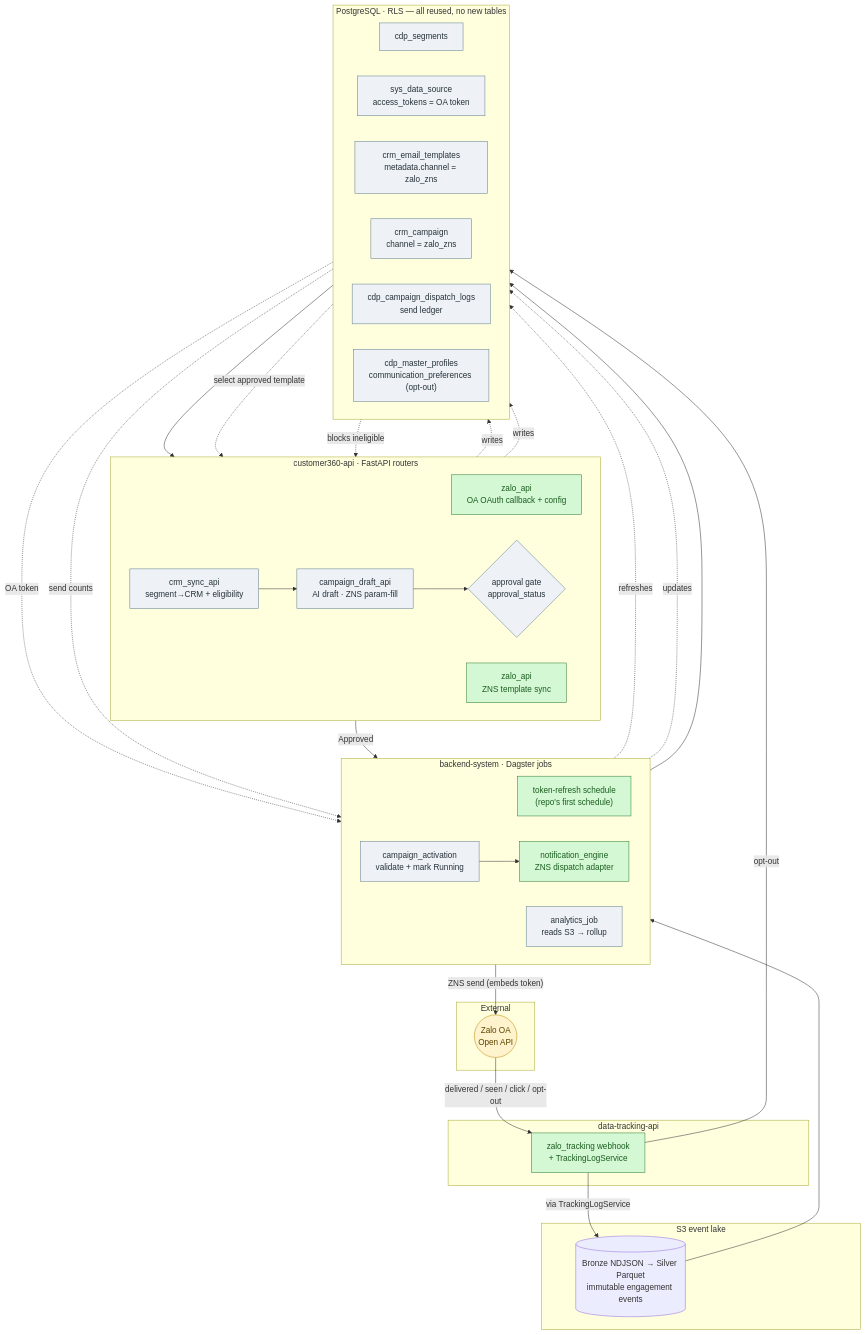
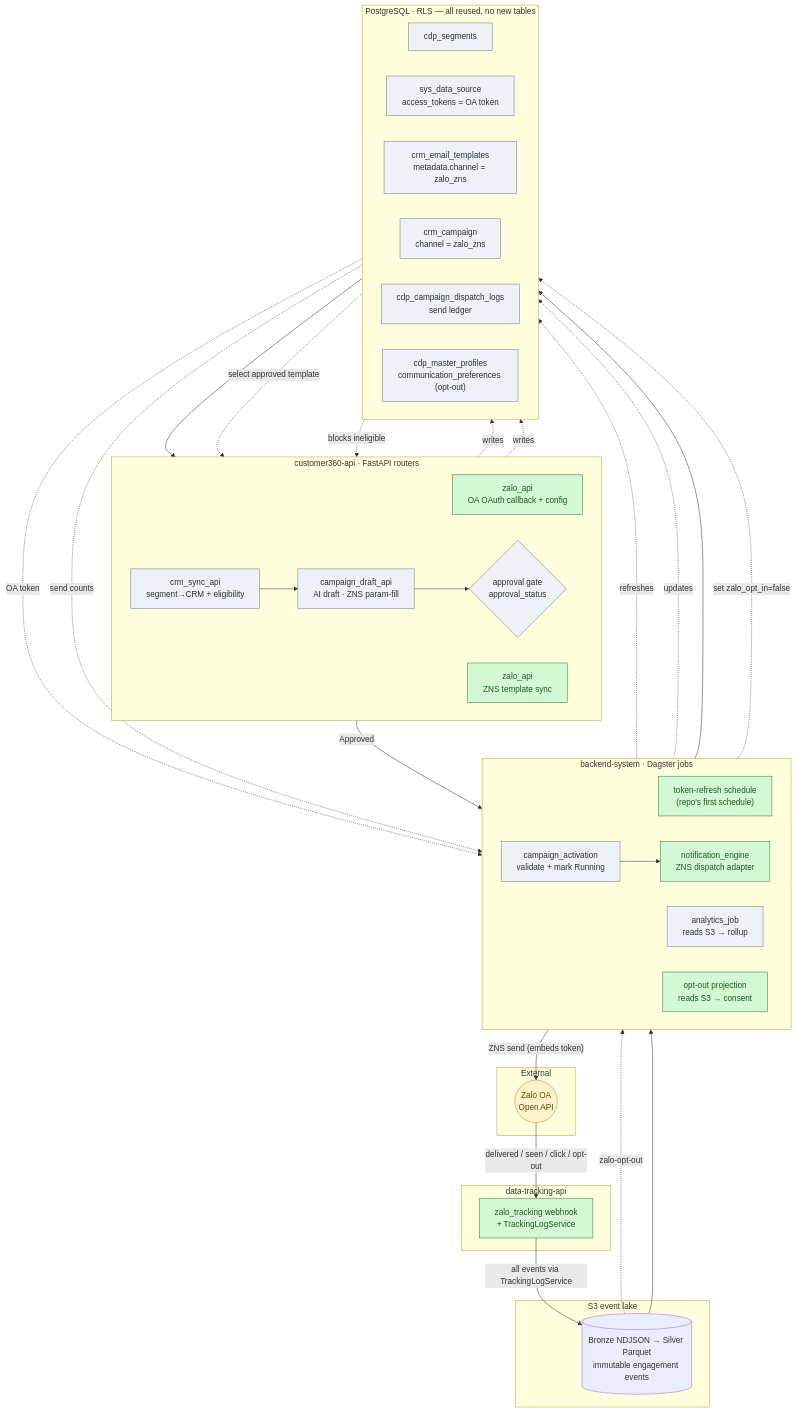
One commit to LEO-CDP/leo-customer360 changed the first of 3 diagrams in docs/action-plans/PLAN-ZALO-ZNS-OPTIMIZED.md. Above: the diagram before and after it, drawn with Mermaid. The commit also changed other lines of this file, not shown here.

First line of the commit message:
docs(zalo): enforce S3-first for opt-out (webhook -> S3 -> projection)

````diff
--- a/docs/action-plans/PLAN-ZALO-ZNS-OPTIMIZED.md
+++ b/docs/action-plans/PLAN-ZALO-ZNS-OPTIMIZED.md
@@ -29,66 +29,68 @@
 ```mermaid
 flowchart TB
     subgraph API["customer360-api · FastAPI routers"]
         direction LR
         OACFG["zalo_api<br/>OA OAuth callback + config"]
         TPLSYNC["zalo_api<br/>ZNS template sync"]
         SYNC["crm_sync_api<br/>segment→CRM + eligibility"]
         DRAFT["campaign_draft_api<br/>AI draft · ZNS param-fill"]
         APPR{"approval gate<br/>approval_status"}
     end
 
     subgraph DAG["backend-system · Dagster jobs"]
         direction LR
         TR["token-refresh schedule<br/>(repo's first schedule)"]
         ACT["campaign_activation<br/>validate + mark Running"]
         ENG["notification_engine<br/>ZNS dispatch adapter"]
         AN["analytics_job<br/>reads S3 → rollup"]
+        PROJ["opt-out projection<br/>reads S3 → consent"]
     end
 
     subgraph EXT["External"]
         ZALOAPI(("Zalo OA<br/>Open API"))
     end
 
     subgraph DTA["data-tracking-api"]
         WH["zalo_tracking webhook<br/>+ TrackingLogService"]
     end
 
     subgraph LAKE["S3 event lake"]
         S3[("Bronze NDJSON → Silver Parquet<br/>immutable engagement events")]
     end
 
     subgraph PG["PostgreSQL · RLS — all reused, no new tables"]
         direction LR
         SEG["cdp_segments"]
         DS["sys_data_source<br/>access_tokens = OA token"]
         TPLT["crm_email_templates<br/>metadata.channel = zalo_zns"]
         CAMP["crm_campaign<br/>channel = zalo_zns"]
         LOG["cdp_campaign_dispatch_logs<br/>send ledger"]
         SUP["cdp_master_profiles<br/>communication_preferences (opt-out)"]
     end
 
     SEG --> SYNC --> DRAFT --> APPR
     OACFG -. writes .-> DS
     TR -. refreshes .-> DS
     TPLSYNC -. writes .-> TPLT
     TPLT -. select approved template .-> DRAFT
     APPR -- Approved --> ACT
     ACT -. updates .-> CAMP
     ACT --> ENG
     DS -. OA token .-> ENG
     ENG -- "ZNS send (embeds token)" --> ZALOAPI
     ENG --> LOG
     ZALOAPI -- delivered / seen / click / opt-out --> WH
-    WH -- via TrackingLogService --> S3
-    WH -- opt-out --> SUP
+    WH -- all events via TrackingLogService --> S3
+    S3 -. zalo-opt-out .-> PROJ
+    PROJ -. set zalo_opt_in=false .-> SUP
     S3 --> AN
     LOG -. send counts .-> AN
     SUP -. blocks ineligible .-> SYNC
 
     classDef new fill:#d4f7d4,stroke:#2e7d32,color:#1b5e20;
     classDef reuse fill:#eef2f7,stroke:#607d8b,color:#263238;
     classDef ext fill:#fff3cd,stroke:#b8860b,color:#5c4400;
-    class OACFG,TPLSYNC,TR,ENG,WH new;
+    class OACFG,TPLSYNC,TR,ENG,WH,PROJ new;
     class SYNC,DRAFT,APPR,ACT,AN,SEG,DS,TPLT,CAMP,LOG,SUP reuse;
     class ZALOAPI ext;
 ```
````
